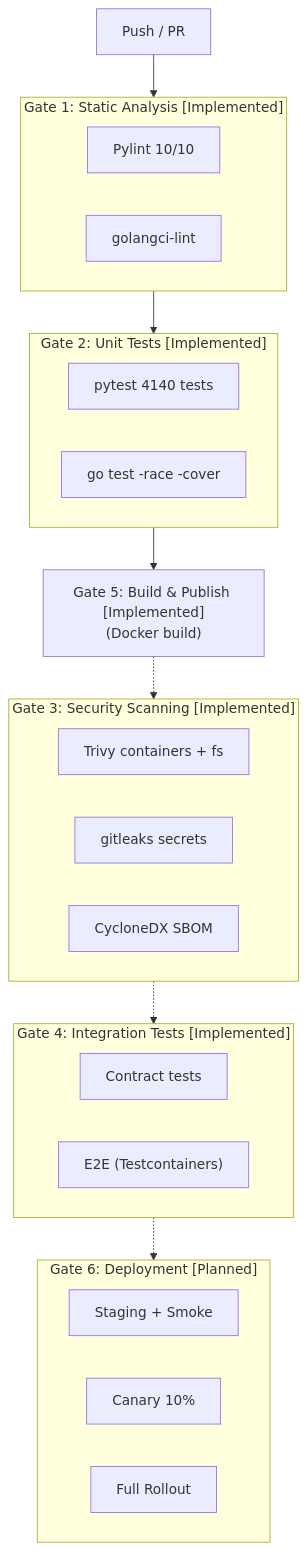
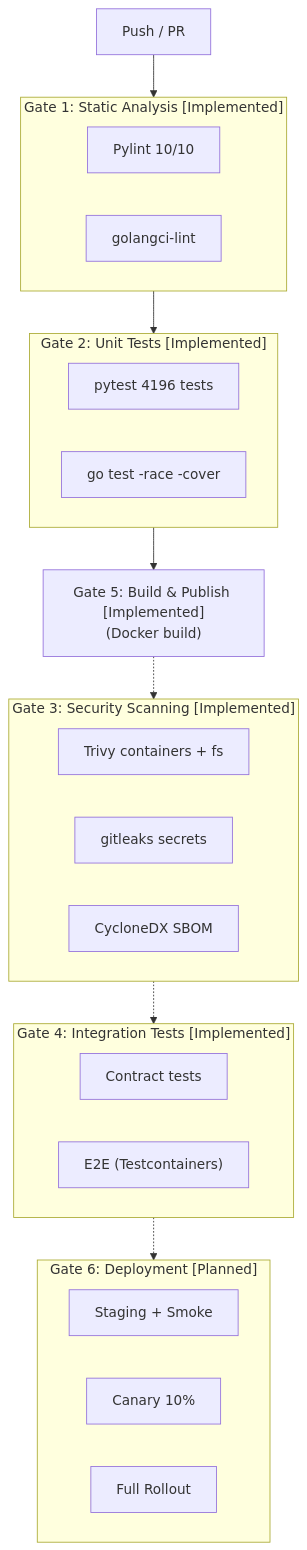
Before and after one commit to jdiitm/graphrag-architect: the eighth of 10 diagrams in docs/SPEC.md, drawn with Mermaid. The commit also changed other lines of this file and 7 other files, not shown here.

````diff
--- a/docs/SPEC.md
+++ b/docs/SPEC.md
@@ -1724,31 +1726,31 @@
 ```mermaid
 flowchart TD
     Push["Push / PR"] --> G1
     subgraph G1 ["Gate 1: Static Analysis [Implemented]"]
         Pylint["Pylint 10/10"]
         GolangciLint["golangci-lint"]
     end
     G1 --> G2
     subgraph G2 ["Gate 2: Unit Tests [Implemented]"]
-        Py["pytest 4140 tests"]
+        Py["pytest 4196 tests"]
         Go["go test -race -cover"]
     end
     G2 --> G5["Gate 5: Build & Publish [Implemented]<br/>(Docker build)"]
     G5 -.-> G3
     subgraph G3 ["Gate 3: Security Scanning [Implemented]"]
         Trivy["Trivy containers + fs"]
         Gitleaks["gitleaks secrets"]
         SBOM["CycloneDX SBOM"]
     end
     G3 -.-> G4
     subgraph G4 ["Gate 4: Integration Tests [Implemented]"]
         Contract["Contract tests"]
         E2E["E2E (Testcontainers)"]
     end
     G4 -.-> G6
     subgraph G6 ["Gate 6: Deployment [Planned]"]
         Staging["Staging + Smoke"]
         Canary["Canary 10%"]
         Full["Full Rollout"]
     end
 ```
````
